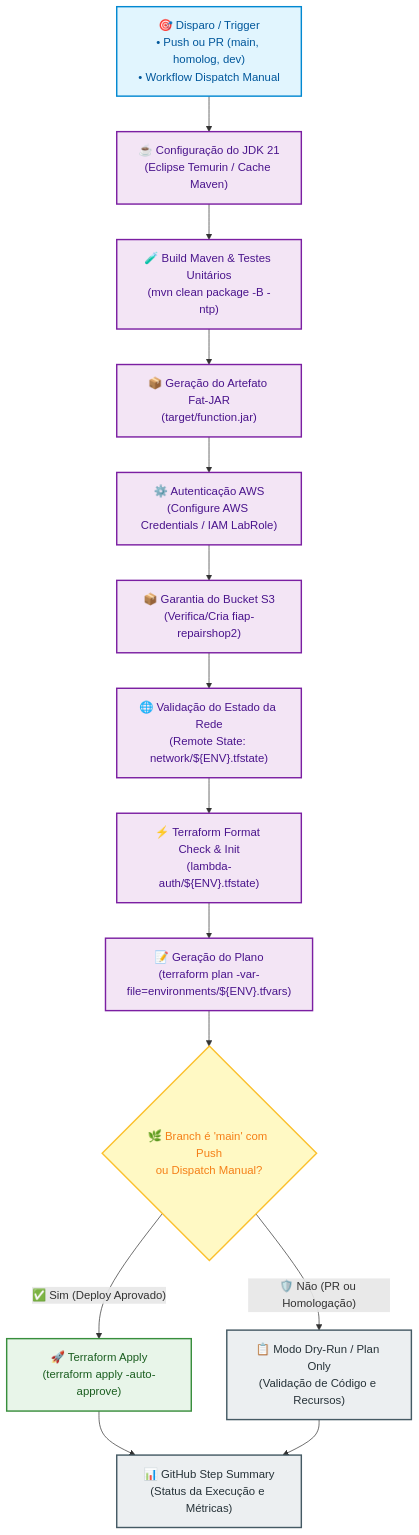
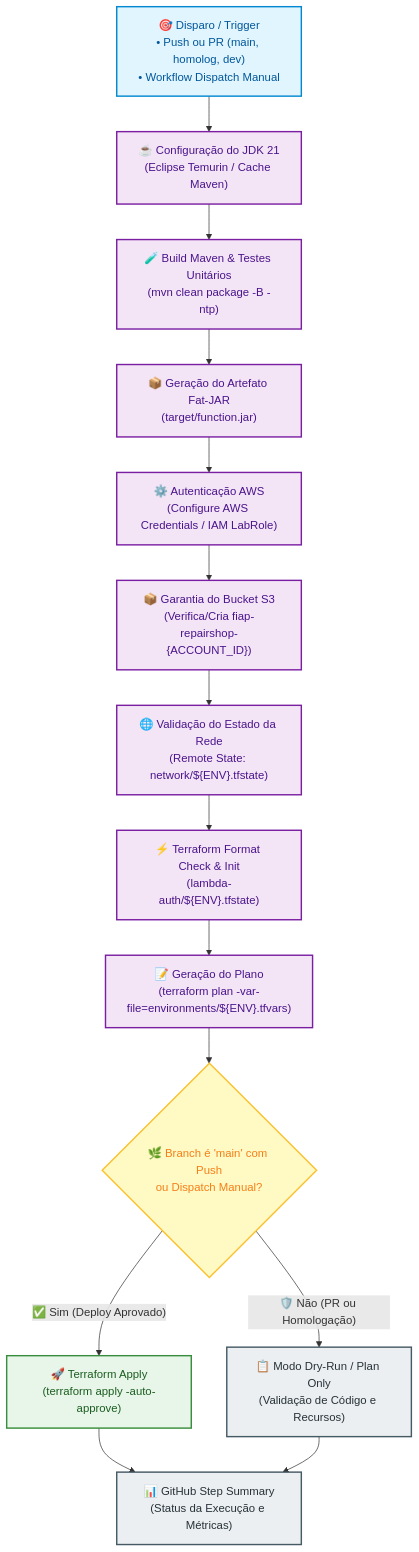
Before and after one commit to tech-challenge-fiap-repairshop/tech-challenge-repairshop-lambda-auth: the third of 4 diagrams in README.md, drawn with Mermaid. The commit also changed other lines of this file and 4 other files, not shown here.

Commit message:
feat(ci): resolve terraform state bucket dynamically by AWS account id

````diff
--- a/README.md
+++ b/README.md
@@ -271,25 +271,25 @@
 ```mermaid
 flowchart TD
     classDef triggerStyle fill:#E1F5FE,stroke:#0288D1,stroke-width:2px,color:#01579B
     classDef stepStyle fill:#F3E5F5,stroke:#7B1FA2,stroke-width:2px,color:#4A148C
     classDef gateStyle fill:#FFF9C4,stroke:#FBC02D,stroke-width:2px,color:#F57F17
     classDef deployStyle fill:#E8F5E9,stroke:#388E3C,stroke-width:2px,color:#1B5E20
     classDef reportStyle fill:#ECEFF1,stroke:#455A64,stroke-width:2px,color:#263238
 
     A["🎯 Disparo / Trigger\n• Push ou PR (main, homolog, dev)\n• Workflow Dispatch Manual"]:::triggerStyle
     A --> B["☕ Configuração do JDK 21\n(Eclipse Temurin / Cache Maven)"]:::stepStyle
     B --> C["🧪 Build Maven & Testes Unitários\n(mvn clean package -B -ntp)"]:::stepStyle
     C --> D["📦 Geração do Artefato Fat-JAR\n(target/function.jar)"]:::stepStyle
     D --> E["⚙️ Autenticação AWS\n(Configure AWS Credentials / IAM LabRole)"]:::stepStyle
-    E --> F["📦 Garantia do Bucket S3\n(Verifica/Cria fiap-repairshop2)"]:::stepStyle
+    E --> F["📦 Garantia do Bucket S3\n(Verifica/Cria fiap-repairshop-{ACCOUNT_ID})"]:::stepStyle
     F --> G["🌐 Validação do Estado da Rede\n(Remote State: network/${ENV}.tfstate)"]:::stepStyle
     G --> H["⚡ Terraform Format Check & Init\n(lambda-auth/${ENV}.tfstate)"]:::stepStyle
     H --> I["📝 Geração do Plano\n(terraform plan -var-file=environments/${ENV}.tfvars)"]:::stepStyle
     I --> J{"🌿 Branch é 'main' com Push\nou Dispatch Manual?"}:::gateStyle
     
     J -- "✅ Sim (Deploy Aprovado)" --> K["🚀 Terraform Apply\n(terraform apply -auto-approve)"]:::deployStyle
     J -- "🛡️ Não (PR ou Homologação)" --> L["📋 Modo Dry-Run / Plan Only\n(Validação de Código e Recursos)"]:::reportStyle
     
     K --> M["📊 GitHub Step Summary\n(Status da Execução e Métricas)"]:::reportStyle
     L --> M
 ```
````
